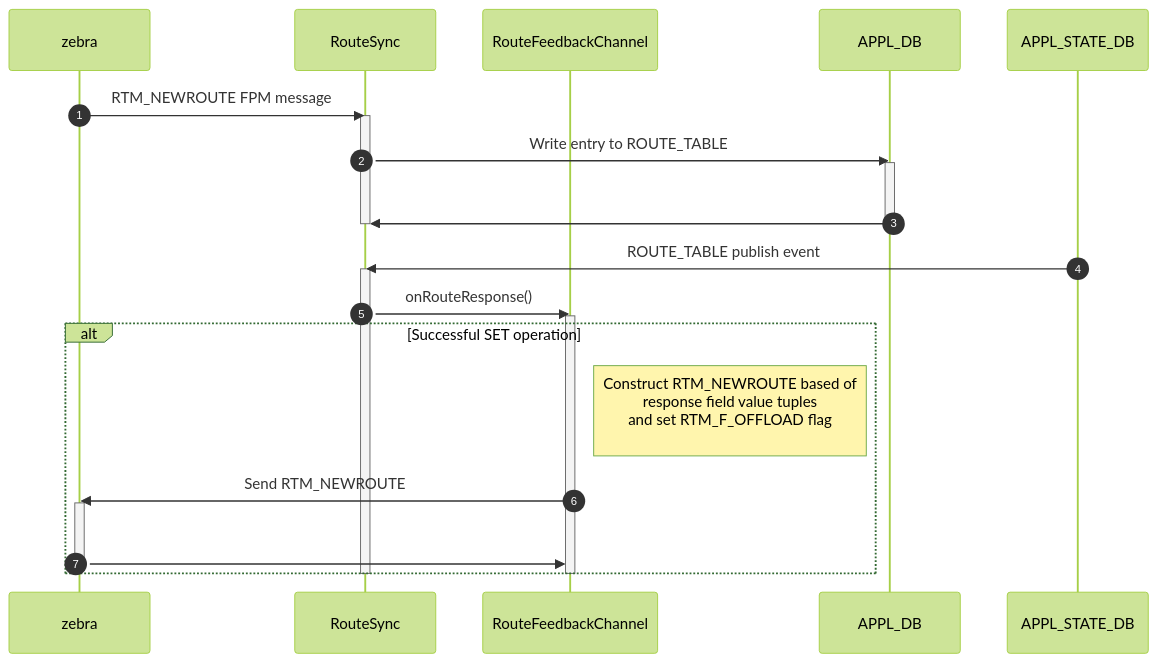
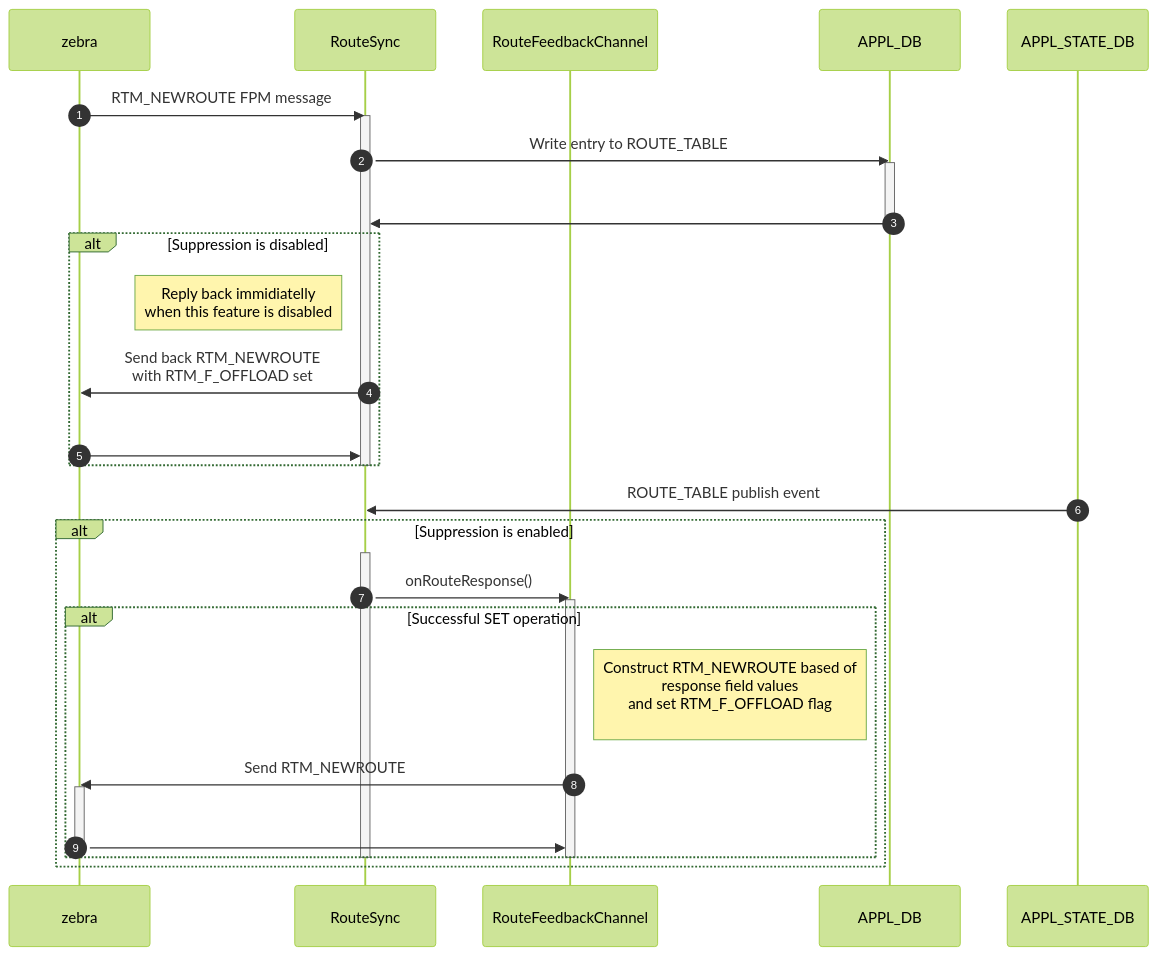
Before and after one commit to sonic-net/SONiC: the third of 4 diagrams in doc/BGP/BGP-supress-fib-pending.md, drawn with Mermaid. The commit also changed other lines of this file, not shown here.

````diff
--- a/doc/BGP/BGP-supress-fib-pending.md
+++ b/doc/BGP/BGP-supress-fib-pending.md
@@ -637,42 +568,49 @@
 ```mermaid
 %%{
   init: {
     "theme": "forest",
     "sequence": {
       "rightAngles": true,
       "showSequenceNumbers": true
     }
   }
 }%%
 sequenceDiagram
   participant zebra
   participant RouteSync
   participant RouteFeedbackChannel
   participant APPL_DB
   participant APPL_STATE_DB
 
 
   zebra ->> RouteSync: RTM_NEWROUTE FPM message
   activate RouteSync
   RouteSync ->> APPL_DB: Write entry to ROUTE_TABLE
   activate APPL_DB
   APPL_DB ->> RouteSync: <br>
   deactivate APPL_DB
 
+  alt Suppression is disabled
+    Note left of RouteSync: Reply back immidiatelly <br>when this feature is disabled
+    RouteSync ->> zebra: Send back RTM_NEWROUTE<br> with RTM_F_OFFLOAD set
+    zebra ->> RouteSync: <br>
+  end
+
   deactivate RouteSync
 
   APPL_STATE_DB ->> RouteSync: ROUTE_TABLE publish event
-  activate RouteSync
-  RouteSync ->> RouteFeedbackChannel: onRouteResponse()
-  activate RouteFeedbackChannel
-  alt Successful SET operation
-    Note right of RouteFeedbackChannel: Construct RTM_NEWROUTE based of <br>response field value tuples<br>and set RTM_F_OFFLOAD flag<br>
-    RouteFeedbackChannel ->> zebra: Send RTM_NEWROUTE
-    activate zebra
-    zebra ->> RouteFeedbackChannel: <br>
-    deactivate zebra
+  alt Suppression is enabled
+    activate RouteSync
+    RouteSync ->> RouteFeedbackChannel: onRouteResponse()
+    activate RouteFeedbackChannel
+    alt Successful SET operation
+        Note right of RouteFeedbackChannel: Construct RTM_NEWROUTE based of <br>response field values<br>and set RTM_F_OFFLOAD flag<br>
+        RouteFeedbackChannel ->> zebra: Send RTM_NEWROUTE
+        activate zebra
+        zebra ->> RouteFeedbackChannel: <br>
+        deactivate zebra
+    end
+    deactivate RouteFeedbackChannel
+    deactivate RouteSync
   end
-  deactivate RouteFeedbackChannel
-  deactivate RouteSync
-
 ```
````
